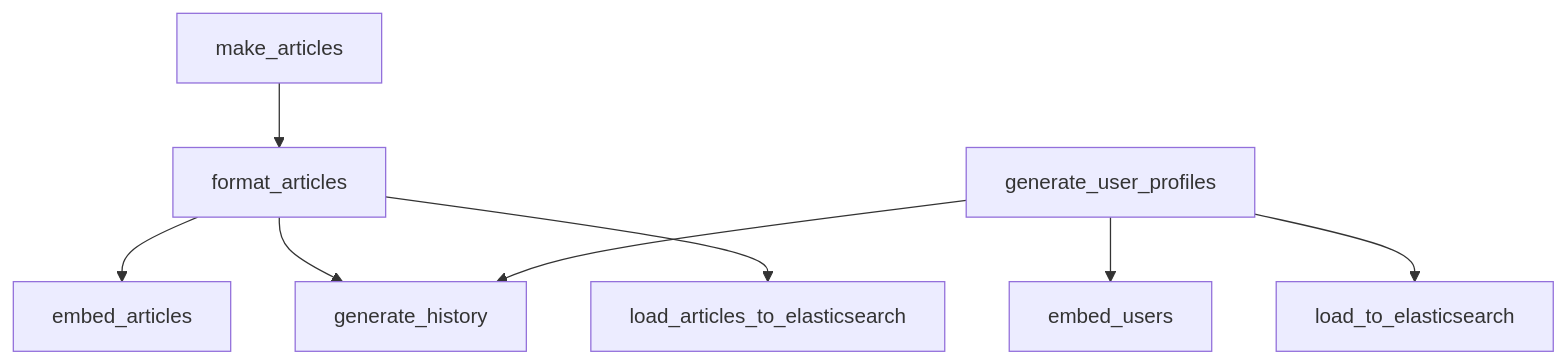
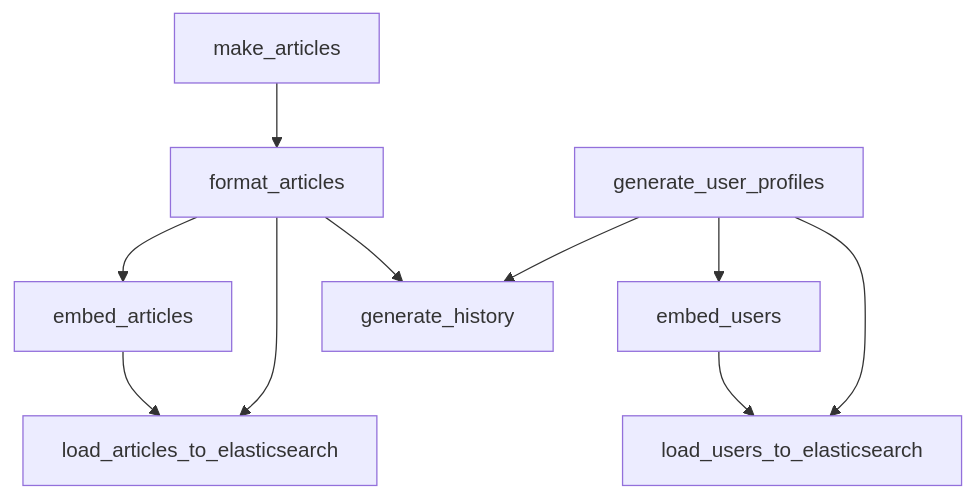
One commit to u-masao/hybrid-search-demo changed the diagram in PIPELINE.md. Above: the diagram before and after it, drawn with Mermaid.

Commit message:
dvc pipeline updated

````diff
--- a/PIPELINE.md
+++ b/PIPELINE.md
@@ -1,18 +1,20 @@
 ```mermaid
 flowchart TD
 	node1["embed_articles"]
 	node2["embed_users"]
 	node3["format_articles"]
 	node4["generate_history"]
 	node5["generate_user_profiles"]
 	node6["load_articles_to_elasticsearch"]
-	node7["load_to_elasticsearch"]
+	node7["load_users_to_elasticsearch"]
 	node8["make_articles"]
+	node1-->node6
+	node2-->node7
 	node3-->node1
 	node3-->node4
 	node3-->node6
 	node5-->node2
 	node5-->node4
 	node5-->node7
 	node8-->node3
 ```
````
